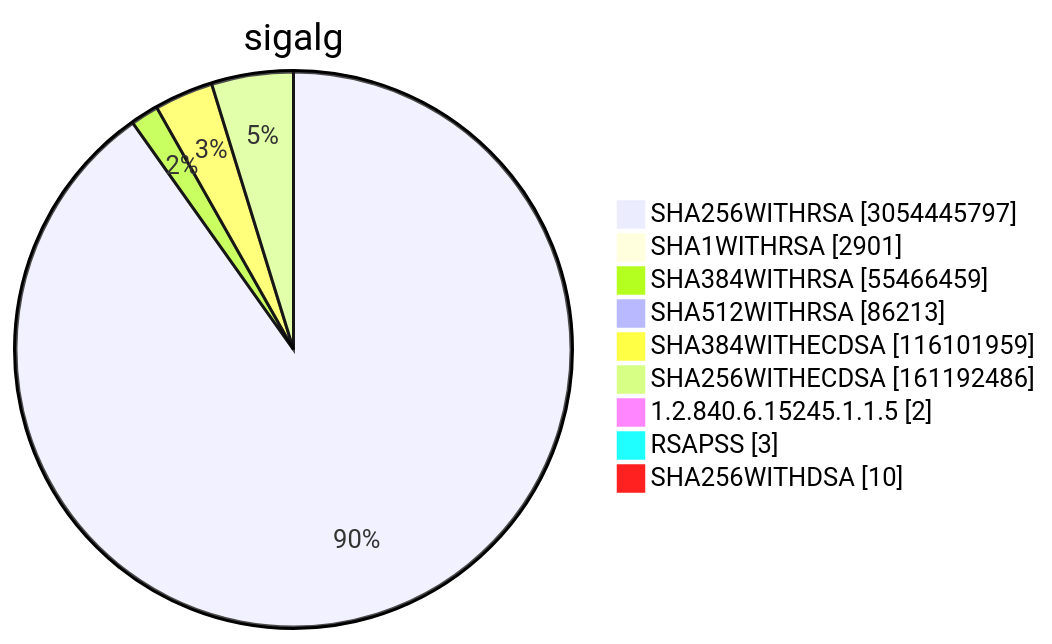
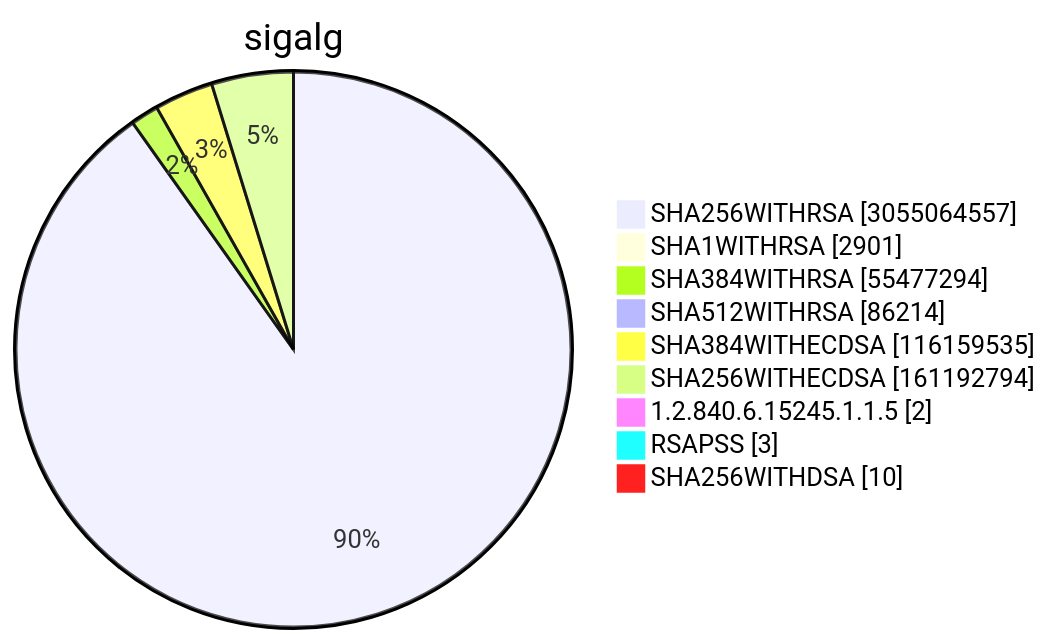
Diagram 15 of 15 in TOTAL/README.md (christiankrug/ctmonitor_visualization), drawn with Mermaid before and after one commit. The commit also changed other lines of this file, not shown here.

````diff
--- a/TOTAL/README.md
+++ b/TOTAL/README.md
@@ -6209,13 +6209,13 @@
 ```mermaid
 pie showData
 title sigalg
-"SHA256WITHRSA" :3054445797
+"SHA256WITHRSA" :3055064557
 "SHA1WITHRSA" :2901
-"SHA384WITHRSA" :55466459
-"SHA512WITHRSA" :86213
-"SHA384WITHECDSA" :116101959
-"SHA256WITHECDSA" :161192486
+"SHA384WITHRSA" :55477294
+"SHA512WITHRSA" :86214
+"SHA384WITHECDSA" :116159535
+"SHA256WITHECDSA" :161192794
 "1.2.840.6.15245.1.1.5" :2
 "RSAPSS" :3
 "SHA256WITHDSA" :10
 ```
````
